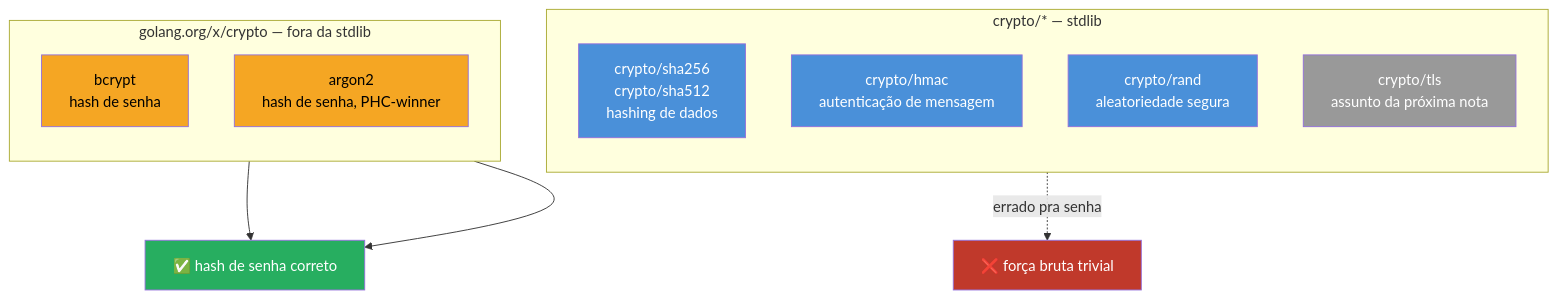
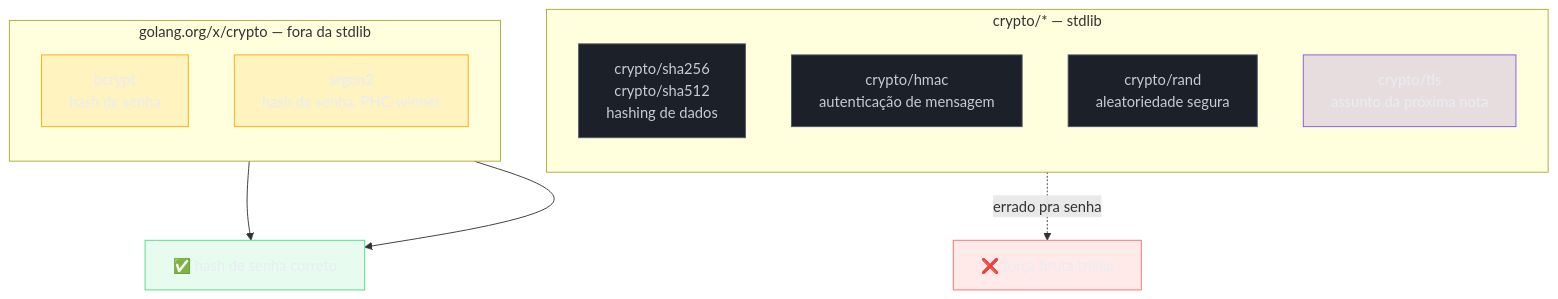
One commit to josenaldo/codex-technomanticus changed the first of 2 diagrams in 03-Dominios/Tecnologia/Go/19 - Segurança/02 - crypto na stdlib.md. Above: the diagram before and after it, drawn with Mermaid. The commit also changed 1181 other files, not shown here.

First line of the commit message:
fix(diagramas): paleta do sistema no lugar de cor cravada no markdown

````diff
--- a/03-Dominios/Tecnologia/Go/19 - Segurança/02 - crypto na stdlib.md
+++ b/03-Dominios/Tecnologia/Go/19 - Segurança/02 - crypto na stdlib.md
@@ -48,28 +48,33 @@
 ```mermaid
 flowchart TB
+    classDef neutro fill:#1B2029,stroke:#4E5666,color:#C6CCD8
+    classDef marca fill:#8855DF33,stroke:#8855DF,color:#E9ECF2
+    classDef destaque fill:#FFAA0024,stroke:#FFAA00,color:#E9ECF2
+    classDef falha fill:#FF6B6B24,stroke:#FF6B6B,color:#E9ECF2
+    classDef ok fill:#4ADE8021,stroke:#4ADE80,color:#E9ECF2
     subgraph stdlib["crypto/* — stdlib"]
         direction TB
         SHA["crypto/sha256\ncrypto/sha512\nhashing de dados"]
         HMAC["crypto/hmac\nautenticação de mensagem"]
         RAND["crypto/rand\naleatoriedade segura"]
         TLS["crypto/tls\nassunto da próxima nota"]
     end
     subgraph ext["golang.org/x/crypto — fora da stdlib"]
         direction TB
         BCRYPT["bcrypt\nhash de senha"]
         ARGON["argon2\nhash de senha, PHC-winner"]
     end
 
     SHA -.->|"errado pra senha"| X["❌ força bruta trivial"]
     BCRYPT --> OK["✅ hash de senha correto"]
     ARGON --> OK
 
-    style SHA fill:#4A90D9,color:#fff
-    style HMAC fill:#4A90D9,color:#fff
-    style RAND fill:#4A90D9,color:#fff
-    style TLS fill:#999,color:#fff
-    style BCRYPT fill:#F5A623,color:#000
-    style ARGON fill:#F5A623,color:#000
-    style X fill:#c0392b,color:#fff
-    style OK fill:#27ae60,color:#fff
+    class SHA neutro
+    class HMAC neutro
+    class RAND neutro
+    class TLS marca
+    class BCRYPT destaque
+    class ARGON destaque
+    class X falha
+    class OK ok
 ```
````
